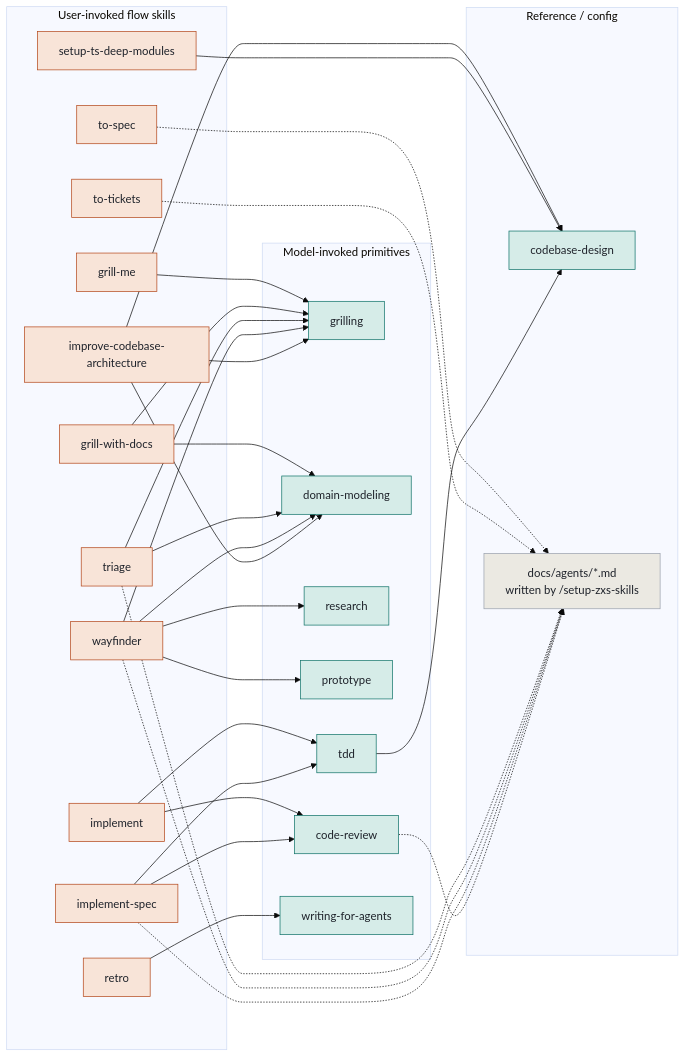
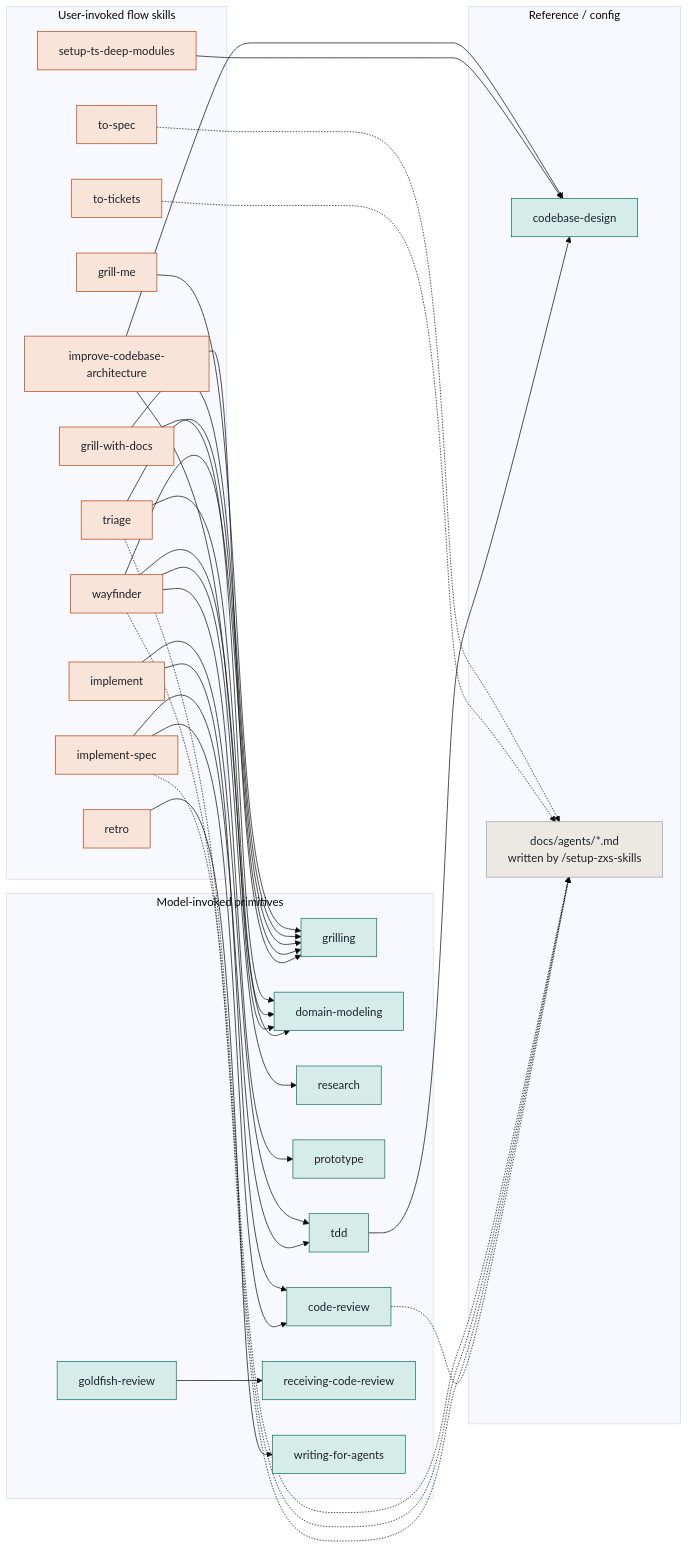
The third of 3 diagrams in SKILLS-MAP.md (zxsong111/skills), drawn with Mermaid (base theme) before and after one commit. The commit also changed other lines of this file and 26 other files, not shown here.

First line of the commit message:
add goldfish-review and the three goldfish reviewer agents

````diff
--- a/SKILLS-MAP.md
+++ b/SKILLS-MAP.md
@@ -184,50 +199,53 @@
 ```mermaid
 flowchart LR
   classDef user fill:#f8e4d8,stroke:#b4471a,color:#1e222a
   classDef model fill:#d6ece8,stroke:#0f7268,color:#1e222a
   classDef cfg fill:#ebe9e2,stroke:#9aa2ae,color:#1e222a
 
   subgraph wrappers["User-invoked flow skills"]
     gm["grill-me"]:::user
     gwd["grill-with-docs"]:::user
     tri["triage"]:::user
     way["wayfinder"]:::user
     imp["improve-codebase-architecture"]:::user
     tsd["setup-ts-deep-modules"]:::user
     spec["to-spec"]:::user
     tk["to-tickets"]:::user
     impl["implement"]:::user
     is["implement-spec"]:::user
     retro["retro"]:::user
   end
   subgraph prims["Model-invoked primitives"]
     g["grilling"]:::model
     dm["domain-modeling"]:::model
     rs["research"]:::model
     pt["prototype"]:::model
     tdd["tdd"]:::model
     cr["code-review"]:::model
+    gr["goldfish-review"]:::model
+    rcr["receiving-code-review"]:::model
     wfa["writing-for-agents"]:::model
   end
   subgraph refs["Reference / config"]
     cd["codebase-design"]:::model
     docs["docs/agents/*.md<br/>written by /setup-zxs-skills"]:::cfg
   end
 
   gm --> g
   gwd --> g & dm
   tri --> g & dm
   way --> g & dm & rs & pt
   imp --> cd & g & dm
   tsd --> cd
   impl --> tdd & cr
   is --> tdd & cr
   tdd --> cd
+  gr --> rcr
   retro --> wfa
   spec -.-> docs
   tk -.-> docs
   tri -.-> docs
   way -.-> docs
   is -.-> docs
   cr -.-> docs
 ```
````
